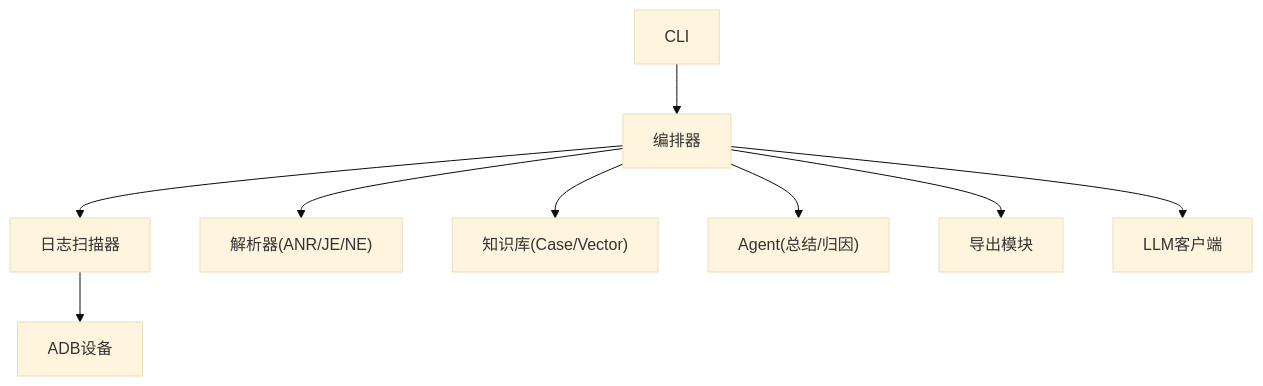
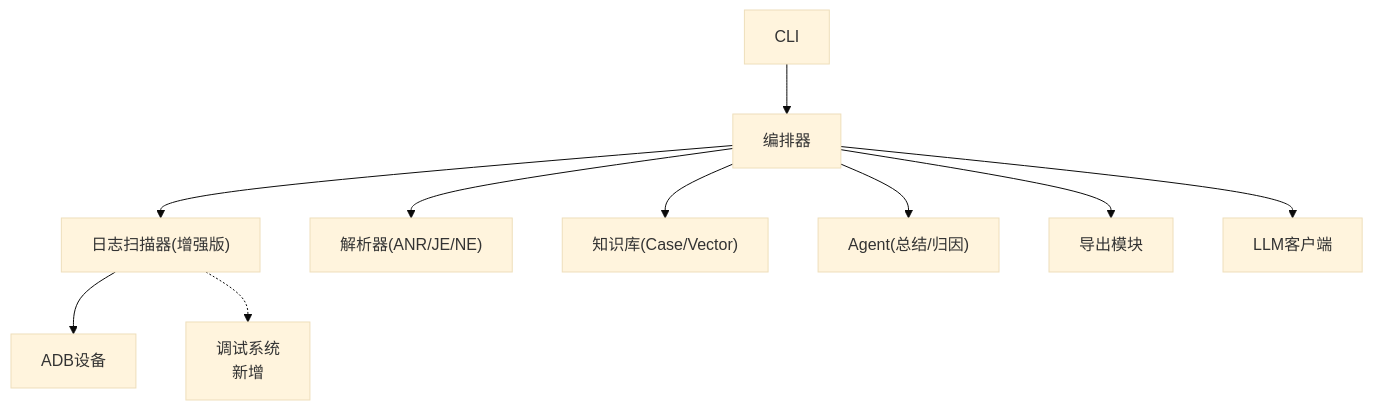
One commit to PengFan001/Jirin changed the tenth of 10 diagrams in .qoder/repowiki/zh/content/工具集/日志扫描工具.md. Above: the diagram before and after it, drawn with Mermaid (base theme). The commit also changed other lines of this file and 20 other files, not shown here.

````diff
--- a/.qoder/repowiki/zh/content/工具集/日志扫描工具.md
+++ b/.qoder/repowiki/zh/content/工具集/日志扫描工具.md
@@ -412,11 +434,12 @@
 ```mermaid
 graph TB
 CLI["CLI"] --> ORCH["编排器"]
-ORCH --> SCAN["日志扫描器"]
+ORCH --> SCAN["日志扫描器(增强版)"]
 ORCH --> PARSERS["解析器(ANR/JE/NE)"]
 ORCH --> KNOW["知识库(Case/Vector)"]
 ORCH --> AGENTS["Agent(总结/归因)"]
 ORCH --> EXPORT["导出模块"]
 ORCH --> LLM["LLM客户端"]
 SCAN --> ADB["ADB设备"]
+SCAN -.-> DEBUG["调试系统<br/>新增"]
 ```
````
